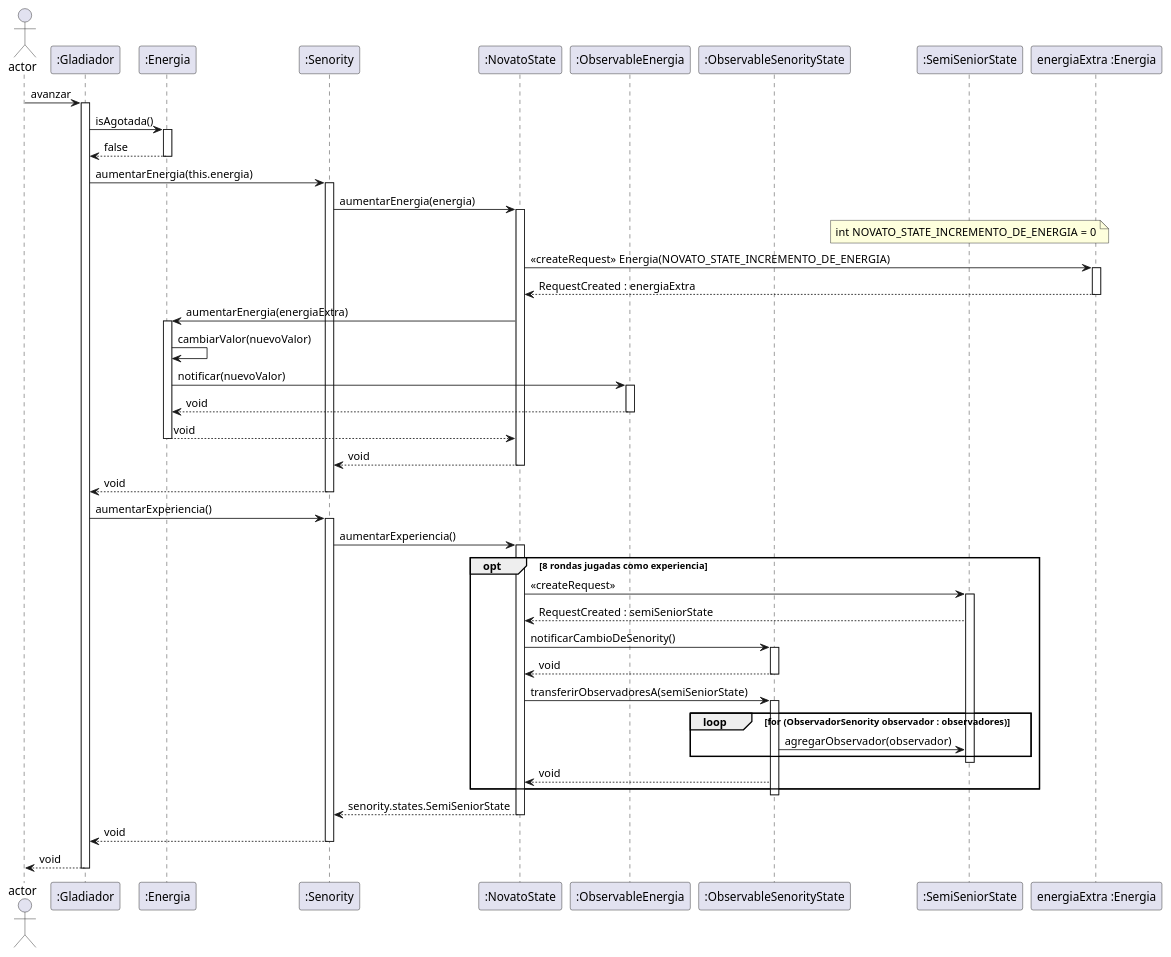
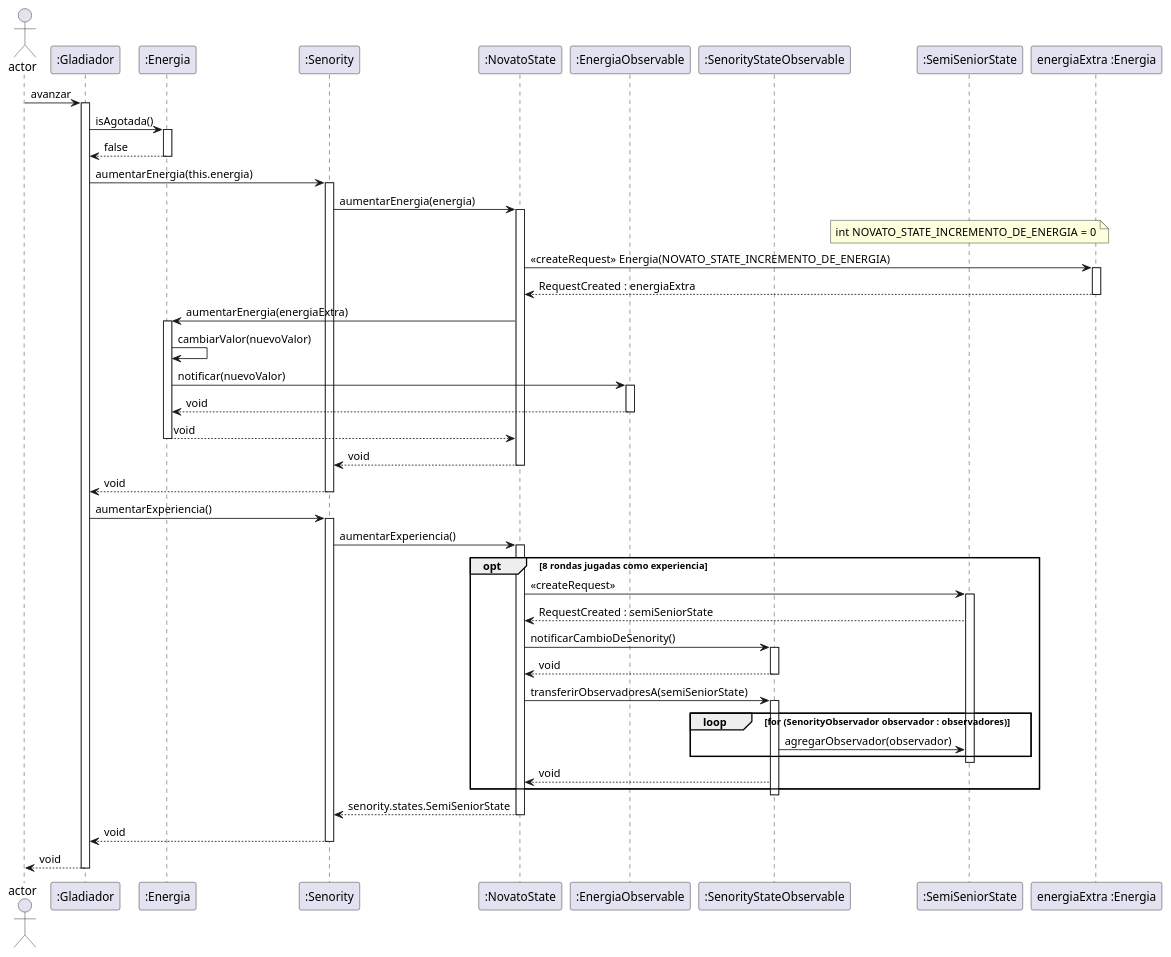
One commit to RodriguezNazareno56/FIUBA-Algo3-TP2 changed the diagram in diagrams/sequences/AvanzarGladiadorConSeniorityNovatoQueSeConvierteEnSemiSenior.plantuml. Above: the diagram before and after it, drawn with PlantUML. The commit also changed 8 other files, not shown here.

Commit message:
cambio el nombre de los observables en los diagramas se secuencias (#203)

```diff
--- a/diagrams/sequences/AvanzarGladiadorConSeniorityNovatoQueSeConvierteEnSemiSenior.plantuml
+++ b/diagrams/sequences/AvanzarGladiadorConSeniorityNovatoQueSeConvierteEnSemiSenior.plantuml
@@ -1,68 +1,68 @@
 @startuml
 actor Actor as "actor"
 participant Gladiador as ":Gladiador"
 participant Energia as ":Energia"
 participant Senority as ":Senority"
 participant NovatoState as ":NovatoState"
-participant ObservableEnergia as ":ObservableEnergia"
-participant ObservableSenorityState as ":ObservableSenorityState"
+participant ObservableEnergia as ":EnergiaObservable"
+participant ObservableSenorityState as ":SenorityStateObservable"
 participant SemiSeniorState as ":SemiSeniorState"
 participant EnergiaExtra as "energiaExtra :Energia"
 
     Actor->Gladiador: avanzar
         activate Gladiador
           Gladiador->Energia: isAgotada()
           activate Energia
           Gladiador<--Energia: false
           deactivate Energia
           Gladiador->Senority: aumentarEnergia(this.energia)
           activate Senority
             Senority->NovatoState: aumentarEnergia(energia)
             activate NovatoState
             note over SemiSeniorState : int NOVATO_STATE_INCREMENTO_DE_ENERGIA = 0
             NovatoState->EnergiaExtra: << createRequest >> Energia(NOVATO_STATE_INCREMENTO_DE_ENERGIA)
             activate EnergiaExtra
             EnergiaExtra-->NovatoState: RequestCreated : energiaExtra
             deactivate EnergiaExtra
               NovatoState->Energia: aumentarEnergia(energiaExtra)
               activate Energia
               Energia->Energia: cambiarValor(nuevoValor)
                 Energia->ObservableEnergia: notificar(nuevoValor)
                 activate ObservableEnergia
                 Energia<--ObservableEnergia: void
                 deactivate ObservableEnergia
               NovatoState<--Energia: void
               deactivate Energia
             Senority<--NovatoState: void
             deactivate NovatoState
           Gladiador<--Senority: void
           deactivate Senority
       Gladiador->Senority: aumentarExperiencia()
       activate Senority
         Senority->NovatoState: aumentarExperiencia()
         opt 8 rondas jugadas como experiencia
         activate NovatoState
           NovatoState->SemiSeniorState: << createRequest >>
           activate SemiSeniorState
           SemiSeniorState-->NovatoState: RequestCreated : semiSeniorState
           NovatoState->ObservableSenorityState: notificarCambioDeSenority()
           activate ObservableSenorityState
           NovatoState<--ObservableSenorityState: void
           deactivate ObservableSenorityState
           NovatoState->ObservableSenorityState: transferirObservadoresA(semiSeniorState)
           activate ObservableSenorityState
-          loop for (ObservadorSenority observador : observadores)
+          loop for (SenorityObservador observador : observadores)
           ObservableSenorityState->SemiSeniorState: agregarObservador(observador)
           end
           deactivate SemiSeniorState
           NovatoState<--ObservableSenorityState: void
           end
           deactivate ObservableSenorityState
         Senority<--NovatoState: senority.states.SemiSeniorState
         deactivate NovatoState
       Gladiador<--Senority: void
       deactivate Senority
     Actor<--Gladiador: void
     deactivate Gladiador
 
 @enduml
```
